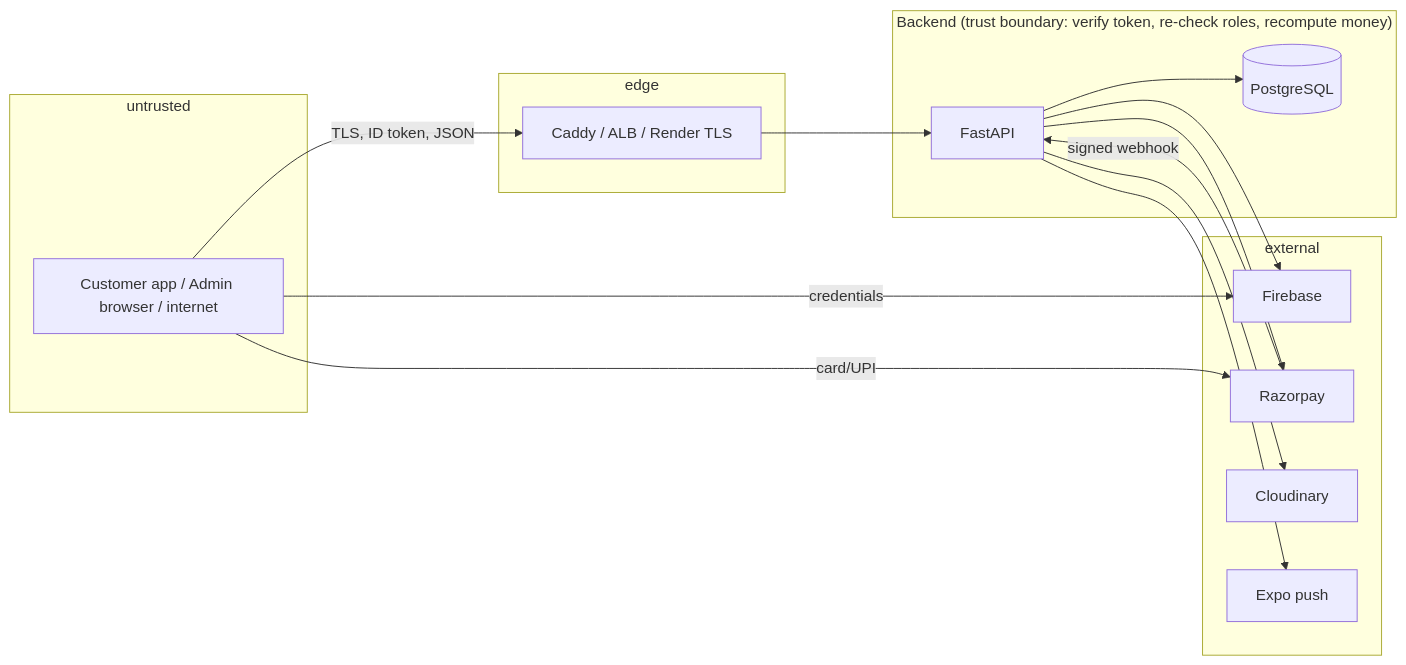
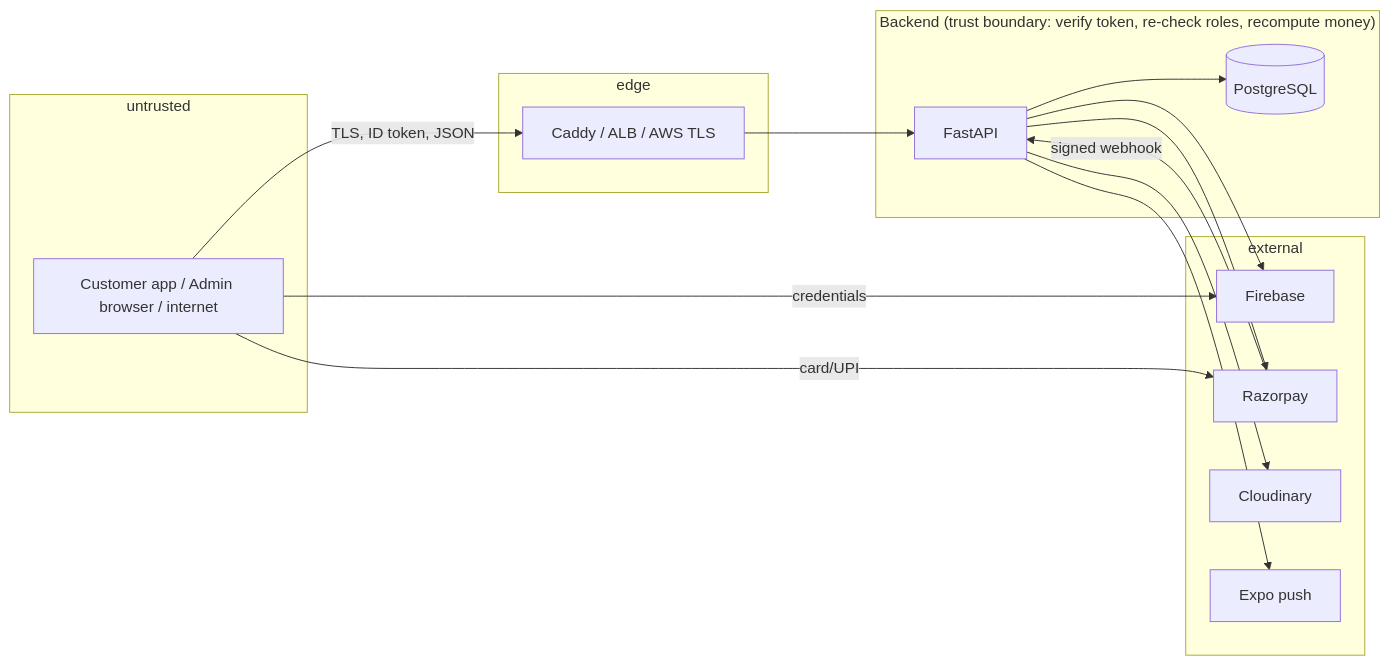
One commit to gawachabazaarproject-web/GawachaBazaar-dev changed the diagram in docs/08-security/THREAT_MODEL.md. Above: the diagram before and after it, drawn with Mermaid. The commit also changed other lines of this file and 71 other files, not shown here.

````diff
--- a/docs/08-security/THREAT_MODEL.md
+++ b/docs/08-security/THREAT_MODEL.md
@@ -23,27 +23,27 @@
 ```mermaid
 flowchart LR
   subgraph untrusted
     U[Customer app / Admin browser / internet]
   end
   subgraph edge
-    E[Caddy / ALB / Render TLS]
+    E[Caddy / ALB / AWS TLS]
   end
   subgraph trusted["Backend (trust boundary: verify token, re-check roles, recompute money)"]
     B[FastAPI]
     DB[(PostgreSQL)]
   end
   subgraph external
     FB[Firebase]
     RZ[Razorpay]
     CL[Cloudinary]
     EX[Expo push]
   end
   U -->|TLS, ID token, JSON| E --> B --> DB
   U -->|credentials| FB
   U -->|card/UPI| RZ
   RZ -->|signed webhook| B
   B --> FB
   B --> RZ
   B --> CL
   B --> EX
 ```
````
